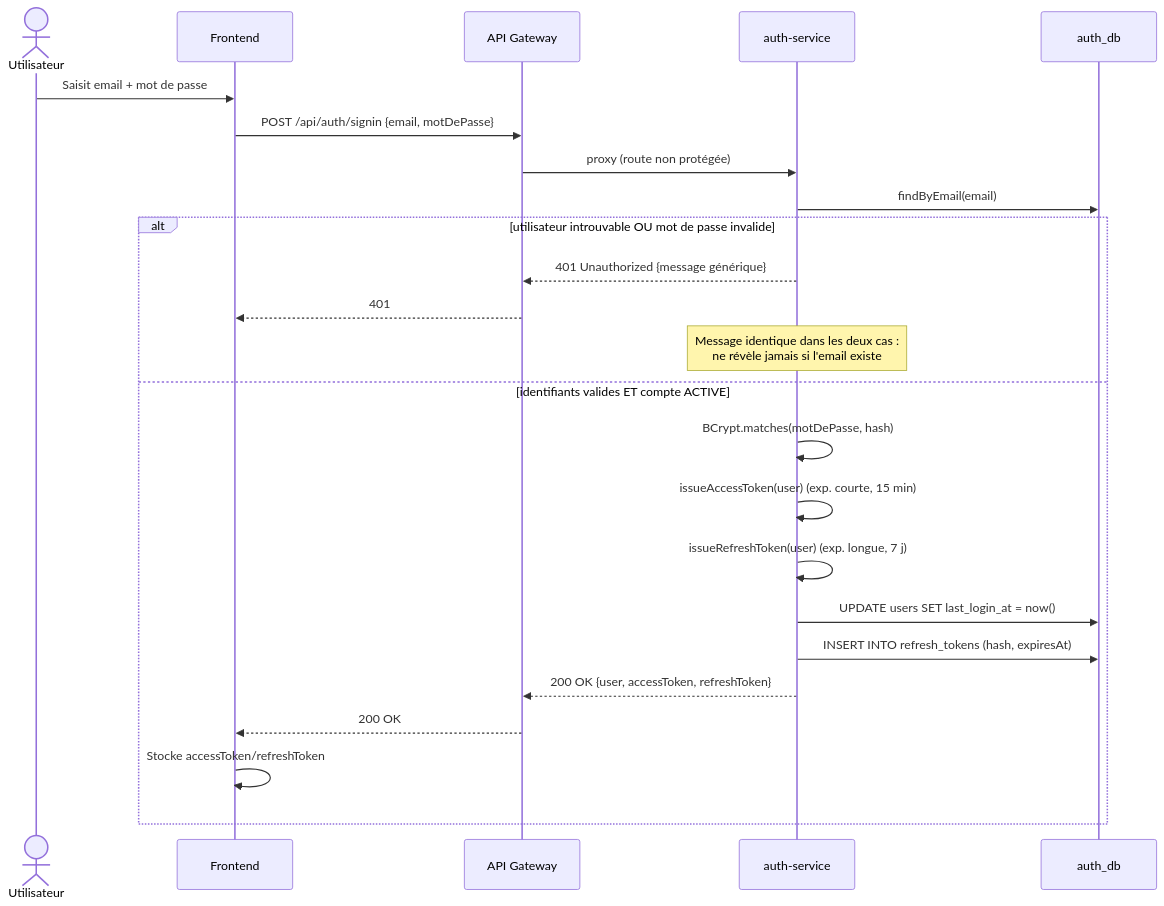
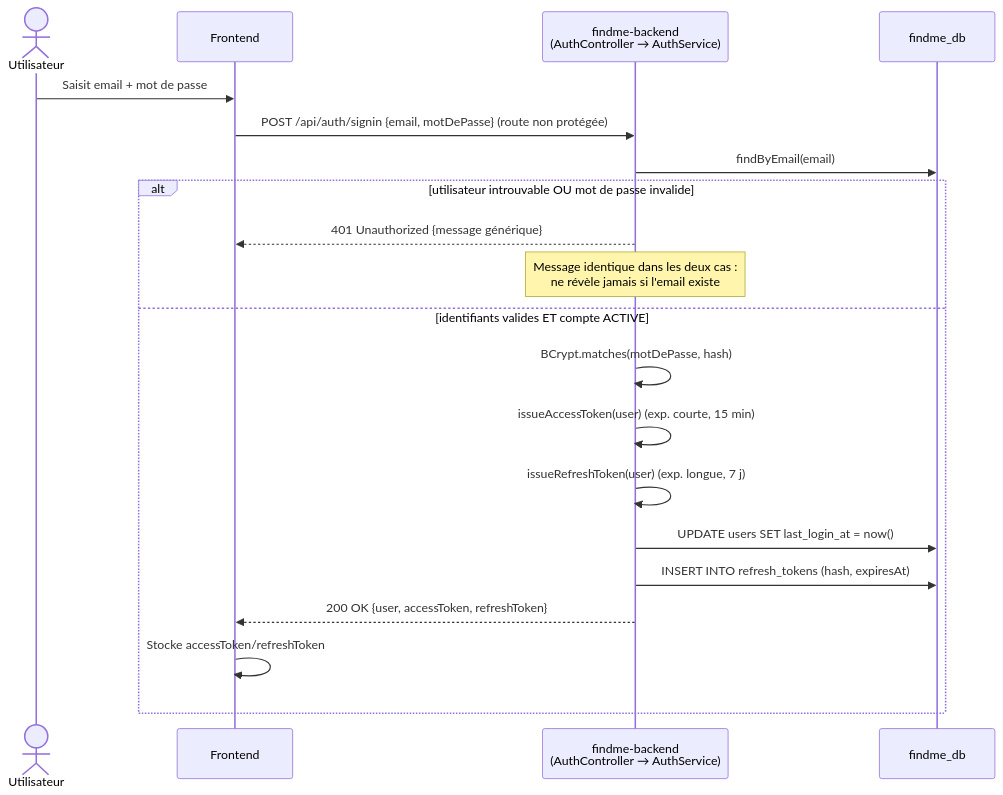
Before and after one commit to alexdibril237/findme_backend: the seventh of 13 diagrams in docs/conception/DOSSIER_DE_CONCEPTION.md, drawn with Mermaid. The commit also changed other lines of this file and 327 other files, not shown here.

````diff
--- a/docs/conception/DOSSIER_DE_CONCEPTION.md
+++ b/docs/conception/DOSSIER_DE_CONCEPTION.md
@@ -363,27 +385,23 @@
 ```mermaid
 sequenceDiagram
     actor U as Utilisateur
     participant FE as Frontend
-    participant GW as API Gateway
-    participant A as auth-service
-    participant DB as auth_db
+    participant A as findme-backend<br/>(AuthController → AuthService)
+    participant DB as findme_db
 
     U->>FE: Saisit email + mot de passe
-    FE->>GW: POST /api/auth/signin {email, motDePasse}
-    GW->>A: proxy (route non protégée)
+    FE->>A: POST /api/auth/signin {email, motDePasse} (route non protégée)
     A->>DB: findByEmail(email)
     alt utilisateur introuvable OU mot de passe invalide
-        A-->>GW: 401 Unauthorized {message générique}
-        GW-->>FE: 401
+        A-->>FE: 401 Unauthorized {message générique}
         Note over A: Message identique dans les deux cas :<br/>ne révèle jamais si l'email existe
     else identifiants valides ET compte ACTIVE
         A->>A: BCrypt.matches(motDePasse, hash)
         A->>A: issueAccessToken(user) (exp. courte, 15 min)
         A->>A: issueRefreshToken(user) (exp. longue, 7 j)
         A->>DB: UPDATE users SET last_login_at = now()
         A->>DB: INSERT INTO refresh_tokens (hash, expiresAt)
-        A-->>GW: 200 OK {user, accessToken, refreshToken}
-        GW-->>FE: 200 OK
+        A-->>FE: 200 OK {user, accessToken, refreshToken}
         FE->>FE: Stocke accessToken/refreshToken
     end
 ```
````
